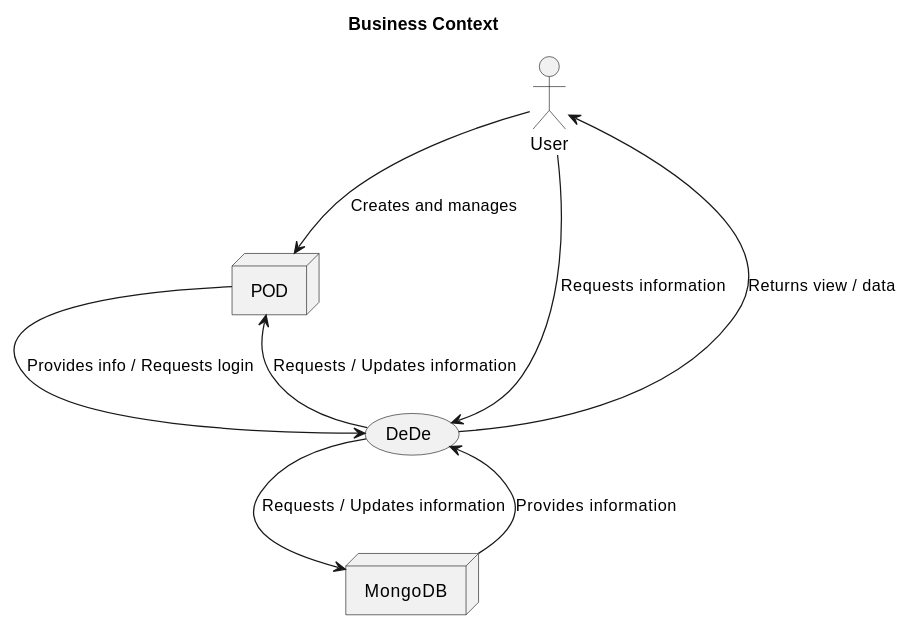
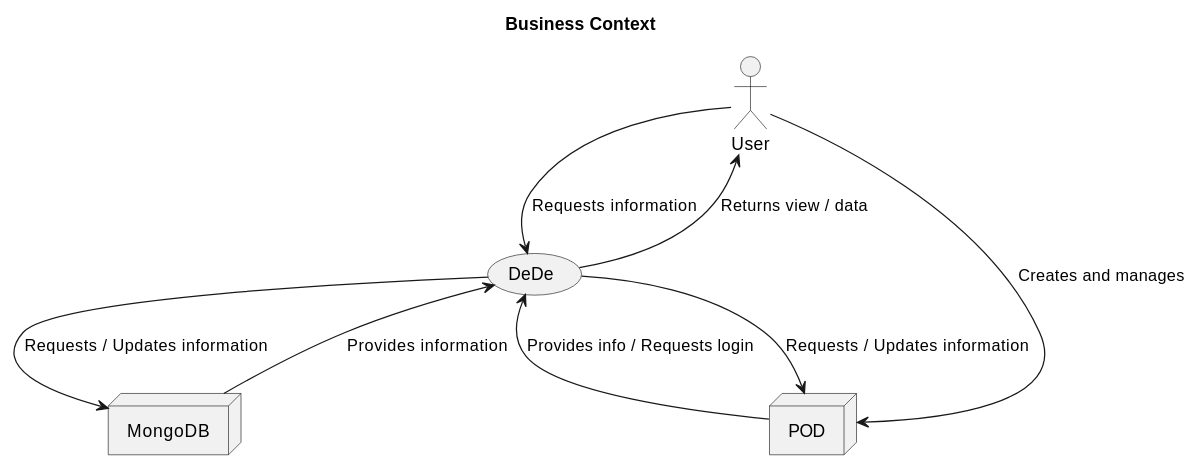
The diagram in docs/03_system_scope_and_context.adoc (Arquisoft/dede_en1b), drawn with PlantUML before and after one commit. The commit also changed 1 other file, not shown here.

Commit message:
Doc 5 Level 1, better diagrams

```diff
--- a/docs/03_system_scope_and_context.adoc
+++ b/docs/03_system_scope_and_context.adoc
@@ -8,16 +8,16 @@
 [plantuml]
 ....
 @startuml
 title Business Context
 Actor User
 node POD
 node MongoDB
-User --> (DeDe) : Requests information
-User --> POD : Creates and manages
+User -> (DeDe) : Requests information
+User -> POD : Creates and manages
 (DeDe) --> User : Returns view / data
 (DeDe) --> POD : Requests / Updates information
 (DeDe) --> MongoDB : Requests / Updates information
 POD --> (DeDe) : Provides info / Requests login
 MongoDB --> (DeDe) : Provides information
 @enduml
 ....
```
